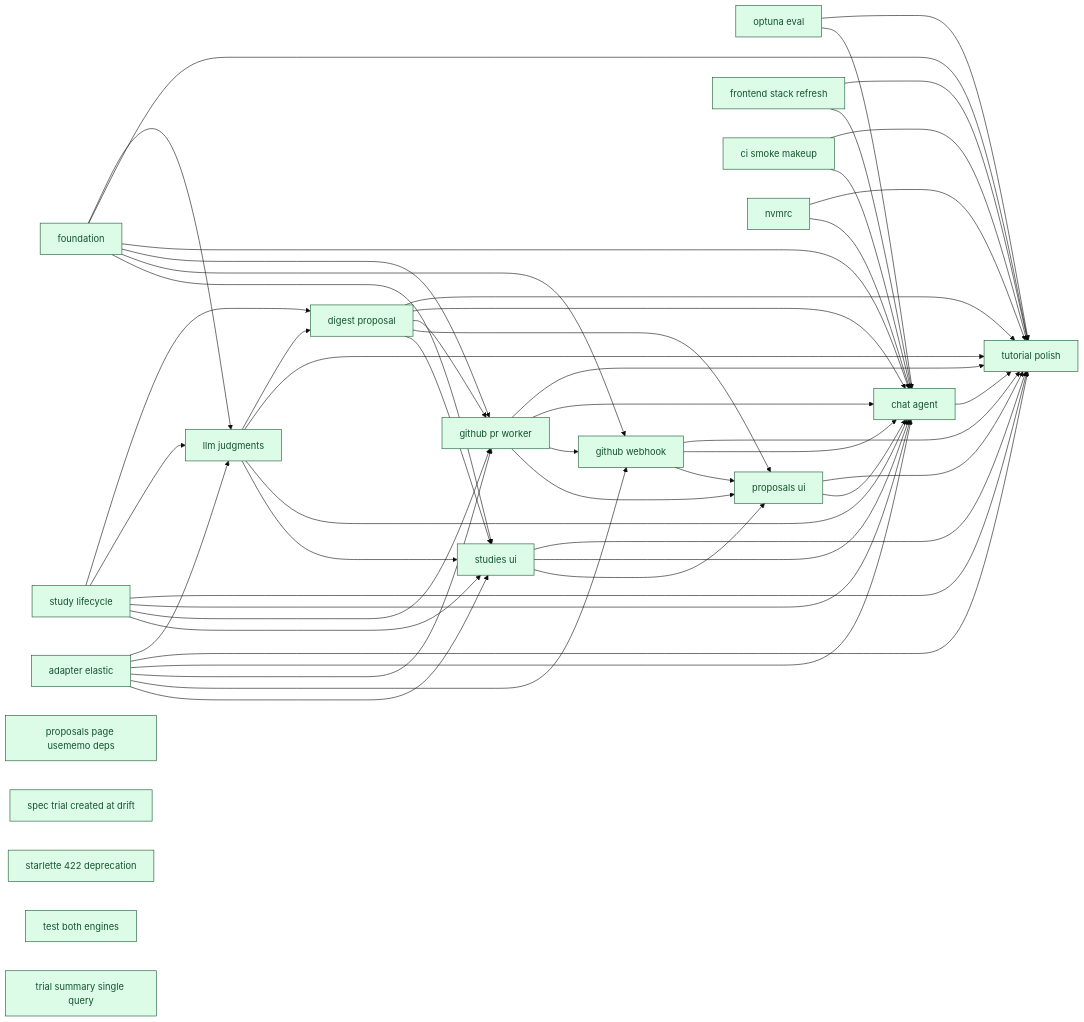
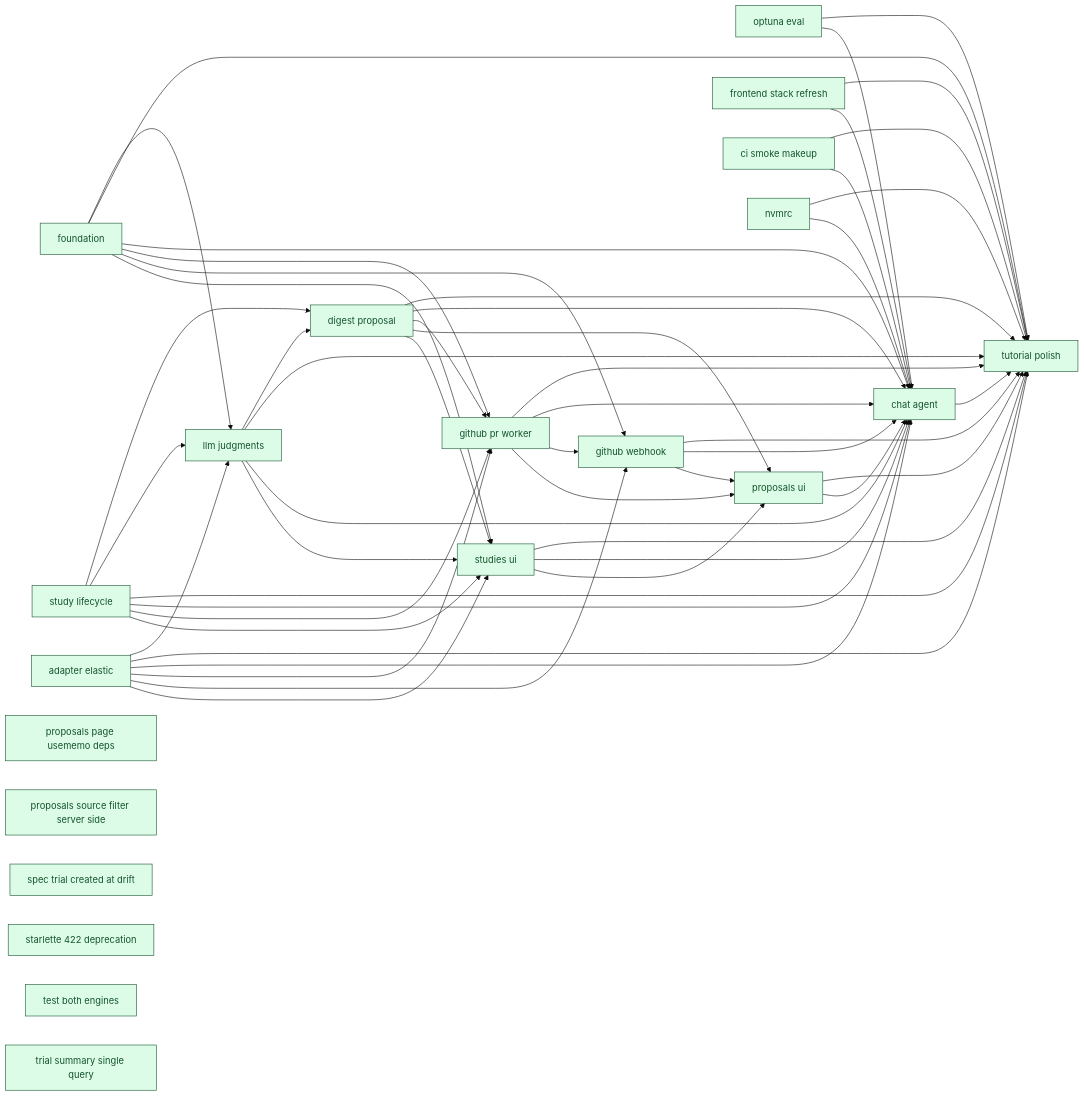
The diagram in docs/00_overview/MVP1_DASHBOARD.md (SoundMindsAI/relyloop), drawn with Mermaid (base theme) before and after one commit. The commit also changed other lines of this file and 8 other files, not shown here.

First line of the commit message:
chore(proposals): server-side ?source= filter on GET /api/v1/proposals (#83)

```diff
--- a/docs/00_overview/MVP1_DASHBOARD.md
+++ b/docs/00_overview/MVP1_DASHBOARD.md
@@ -123,6 +123,8 @@
   class infra_frontend_stack_refresh done;
   chore_proposals_page_usememo_deps["proposals page usememo deps"]
   class chore_proposals_page_usememo_deps done;
+  chore_proposals_source_filter_server_side["proposals source filter server side"]
+  class chore_proposals_source_filter_server_side done;
   chore_spec_trial_created_at_drift["spec trial created at drift"]
   class chore_spec_trial_created_at_drift done;
   chore_starlette_422_deprecation["starlette 422 deprecation"]
```
